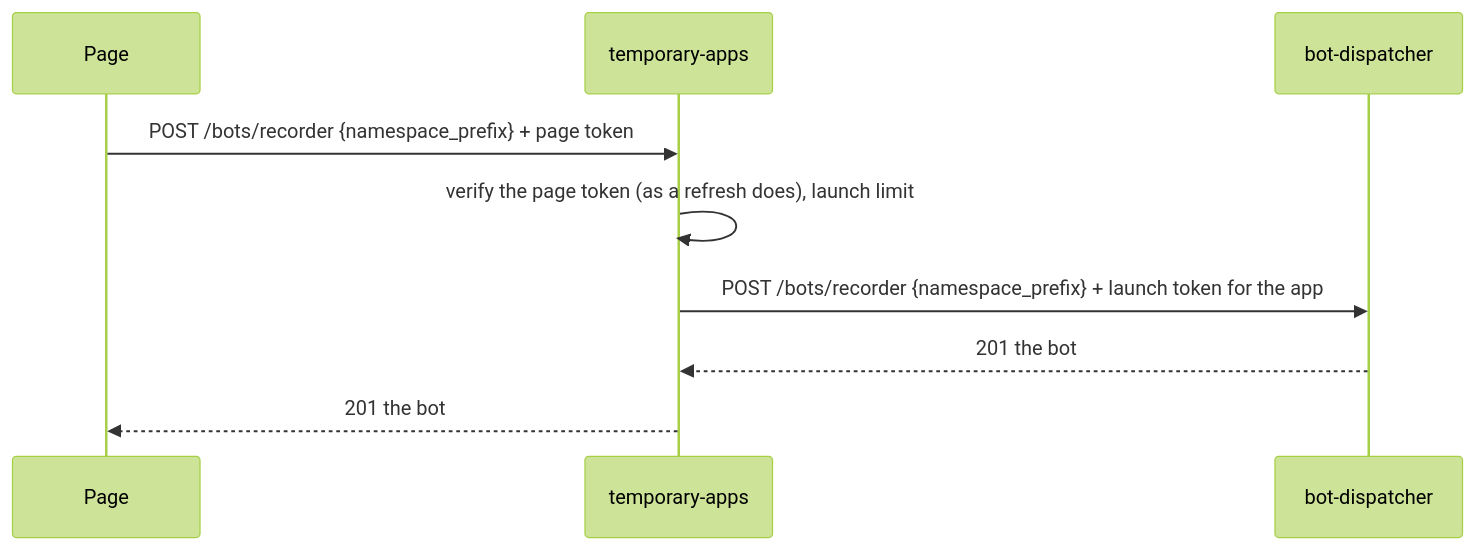
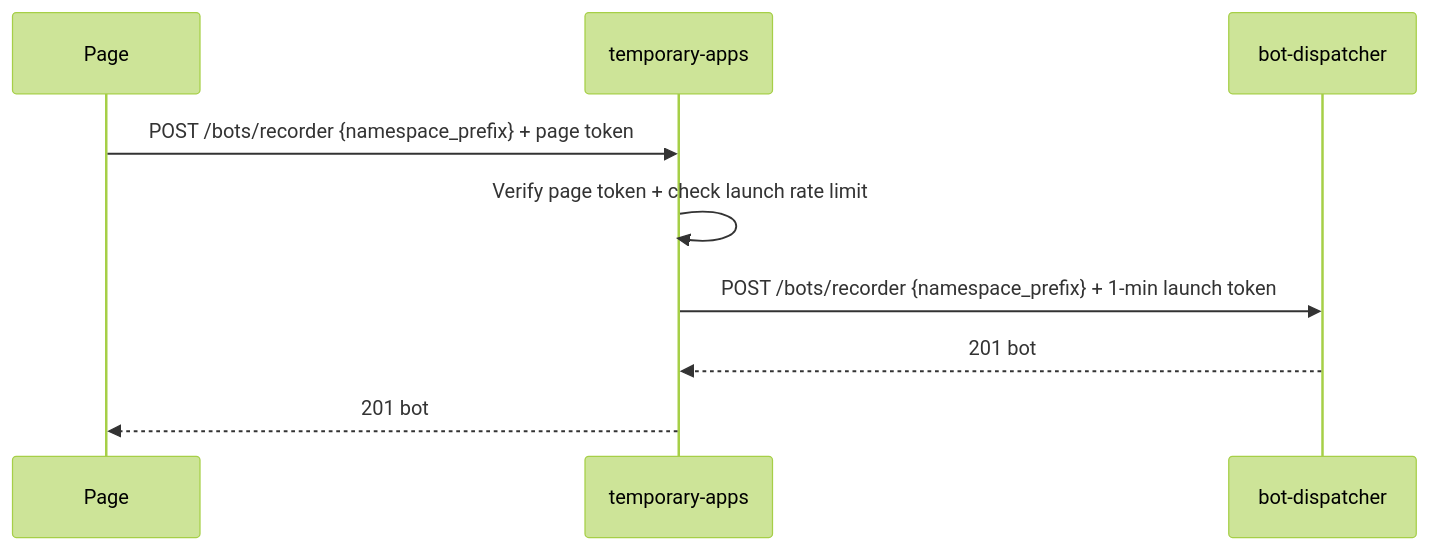
Before and after one commit to nttcom/moq-wasm: the diagram in docs/architecture/temporary-apps/architecture.md, drawn with Mermaid (forest theme). The commit also changed other lines of this file and 99 other files, not shown here.

Commit message:
docs(architecture): simplify architecture docs for readability (#2021)

````diff
--- a/docs/architecture/temporary-apps/architecture.md
+++ b/docs/architecture/temporary-apps/architecture.md
@@ -37,11 +38,11 @@
 ```mermaid
 sequenceDiagram
     participant P as Page
     participant T as temporary-apps
     participant B as bot-dispatcher
     P->>T: POST /bots/recorder {namespace_prefix} + page token
-    T->>T: verify the page token (as a refresh does), launch limit
-    T->>B: POST /bots/recorder {namespace_prefix} + launch token for the app
-    B-->>T: 201 the bot
-    T-->>P: 201 the bot
+    T->>T: Verify page token + check launch rate limit
+    T->>B: POST /bots/recorder {namespace_prefix} + 1-min launch token
+    B-->>T: 201 bot
+    T-->>P: 201 bot
 ```
````
